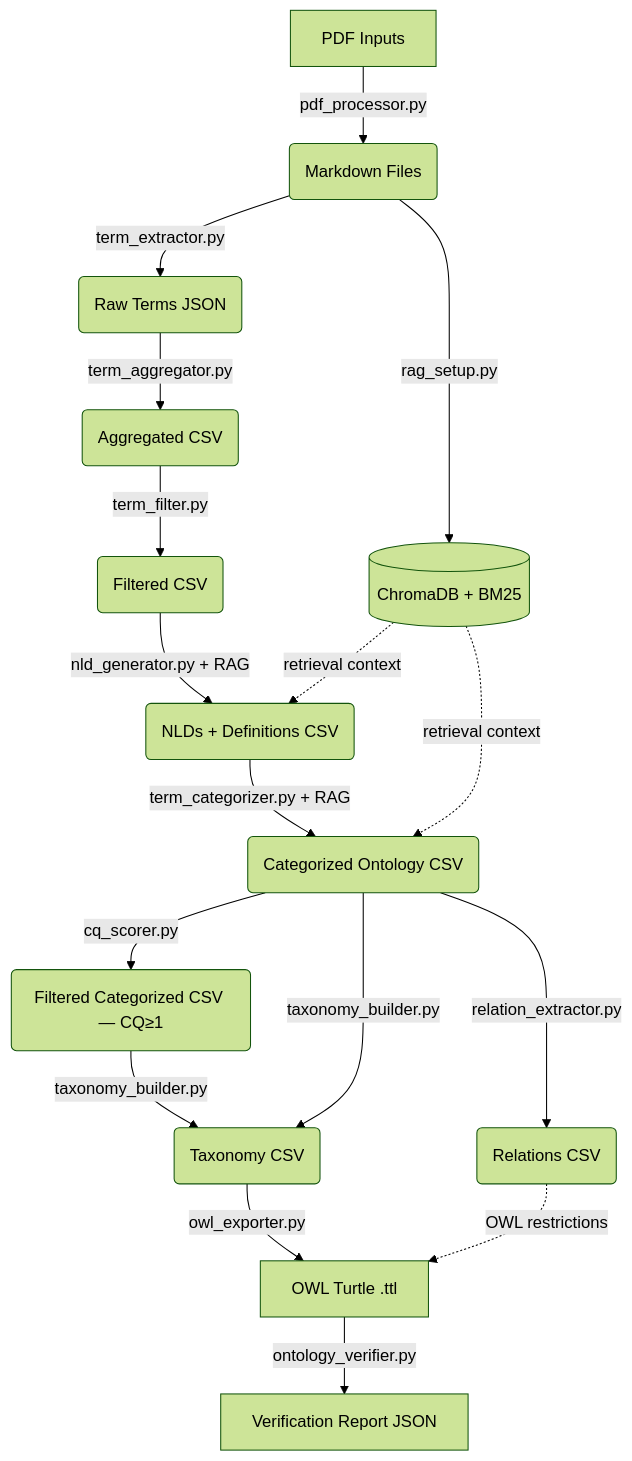
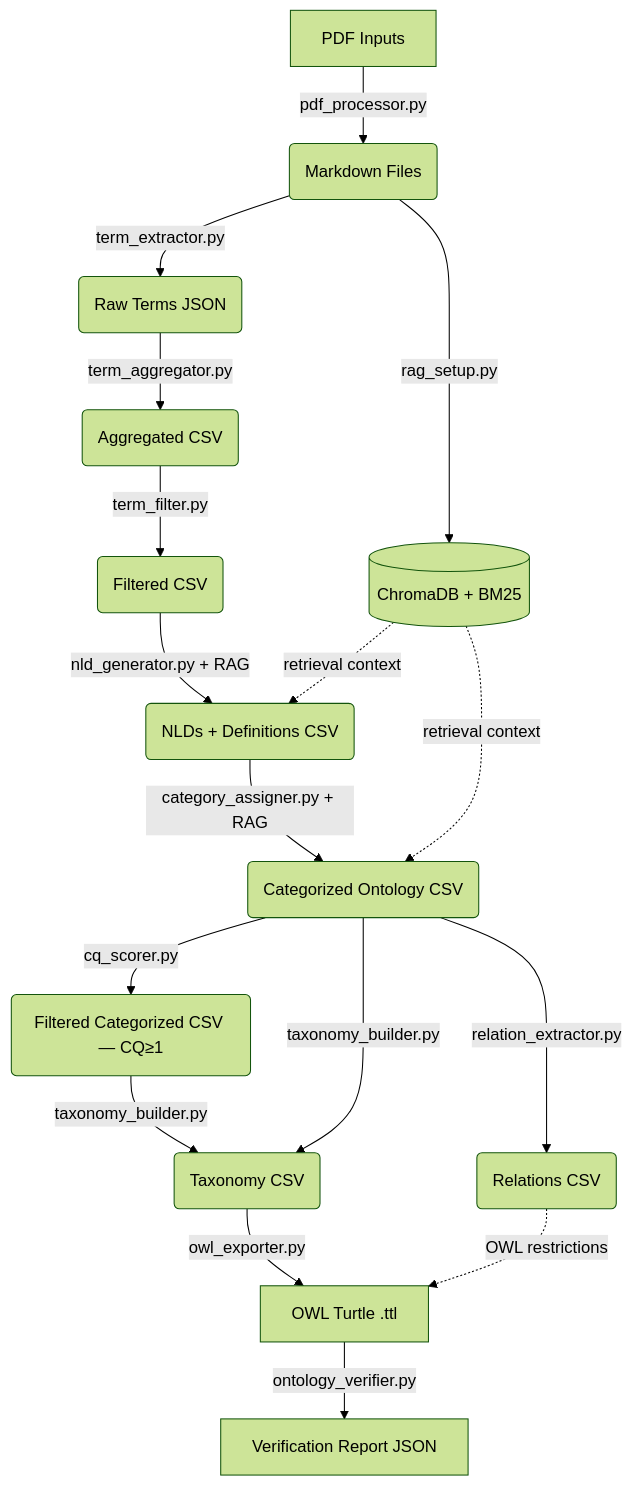
One commit to martinstroher/Pipeline_2 changed the diagram in docs/CONTEXT.md. Above: the diagram before and after it, drawn with Mermaid (forest theme). The commit also changed other lines of this file and 1 other file, not shown here.

````diff
--- a/docs/CONTEXT.md
+++ b/docs/CONTEXT.md
@@ -8,19 +8,19 @@
 ```mermaid
 graph TD
     A[PDF Inputs] -->|pdf_processor.py| B(Markdown Files)
     B -->|rag_setup.py| C[(ChromaDB + BM25)]
     B -->|term_extractor.py| D(Raw Terms JSON)
     D -->|term_aggregator.py| E(Aggregated CSV)
     E -->|term_filter.py| F(Filtered CSV)
     F -->|nld_generator.py + RAG| G(NLDs + Definitions CSV)
-    G -->|term_categorizer.py + RAG| H(Categorized Ontology CSV)
+    G -->|category_assigner.py + RAG| H(Categorized Ontology CSV)
     H -->|cq_scorer.py| H2(Filtered Categorized CSV — CQ≥1)
     H2 -->|taxonomy_builder.py| I(Taxonomy CSV)
     H -->|taxonomy_builder.py| I
     H -->|relation_extractor.py| Rel(Relations CSV)
     I --> |owl_exporter.py| J[OWL Turtle .ttl]
     Rel -.->|OWL restrictions| J
     J -->|ontology_verifier.py| K[Verification Report JSON]
     C -.->|retrieval context| G
     C -.->|retrieval context| H
 ```
````
